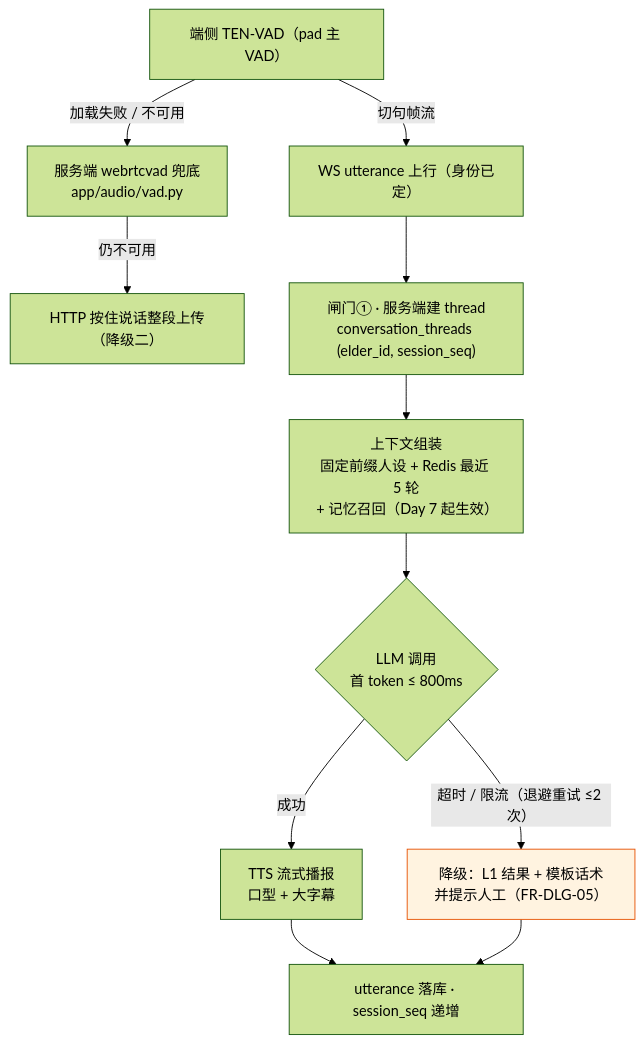
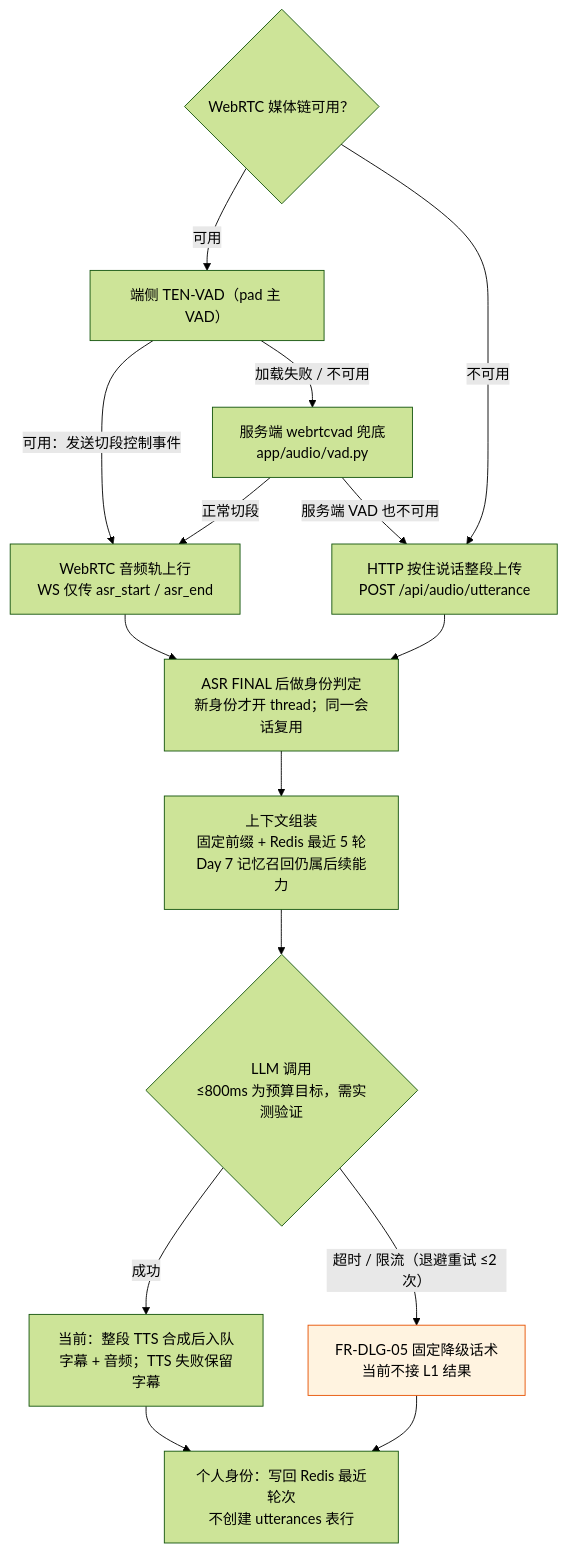
The fourth of 10 diagrams in docs/plans/day04/day-04-3D与身份闭环.md (zha-yu/kangban), drawn with Mermaid (forest theme) before and after one commit. The commit also changed other lines of this file and 10 other files, not shown here.

````diff
--- a/docs/plans/day04/day-04-3D与身份闭环.md
+++ b/docs/plans/day04/day-04-3D与身份闭环.md
@@ -247,15 +257,20 @@
 ```mermaid
 flowchart TD
+    RTC{"WebRTC 媒体链可用？"}
     V0["端侧 TEN-VAD（pad 主 VAD）"]
-    V0 -- "切句帧流" --> U["WS utterance 上行（身份已定）"]
+    RTC -- "可用" --> V0
+    RTC -- "不可用" --> V2["HTTP 按住说话整段上传<br/>POST /api/audio/utterance"]
+    V0 -- "可用：发送切段控制事件" --> U["WebRTC 音频轨上行<br/>WS 仅传 asr_start / asr_end"]
     V0 -- "加载失败 / 不可用" --> V1["服务端 webrtcvad 兜底<br/>app/audio/vad.py"]
-    V1 -- "仍不可用" --> V2["HTTP 按住说话整段上传（降级二）"]
-    U --> C["闸门① · 服务端建 thread<br/>conversation_threads (elder_id, session_seq)"]
-    C --> X["上下文组装<br/>固定前缀人设 + Redis 最近 5 轮<br/>+ 记忆召回（Day 7 起生效）"]
-    X --> L{"LLM 调用<br/>首 token ≤ 800ms"}
-    L -- "成功" --> T["TTS 流式播报<br/>口型 + 大字幕"]
-    L -- "超时 / 限流（退避重试 ≤2 次）" --> F["降级：L1 结果 + 模板话术<br/>并提示人工（FR-DLG-05）"]
-    T --> H["utterance 落库 · session_seq 递增"]
+    V1 -- "正常切段" --> U
+    V1 -- "服务端 VAD 也不可用" --> V2
+    U --> C["ASR FINAL 后做身份判定<br/>新身份才开 thread；同一会话复用"]
+    V2 --> C
+    C --> X["上下文组装<br/>固定前缀 + Redis 最近 5 轮<br/>Day 7 记忆召回仍属后续能力"]
+    X --> L{"LLM 调用<br/>≤800ms 为预算目标，需实测验证"}
+    L -- "成功" --> T["当前：整段 TTS 合成后入队<br/>字幕 + 音频；TTS 失败保留字幕"]
+    L -- "超时 / 限流（退避重试 ≤2 次）" --> F["FR-DLG-05 固定降级话术<br/>当前不接 L1 结果"]
+    T --> H["个人身份：写回 Redis 最近轮次<br/>不创建 utterances 表行"]
     F --> H
     style F fill:#fff3e0,stroke:#e65100
 ```
````
